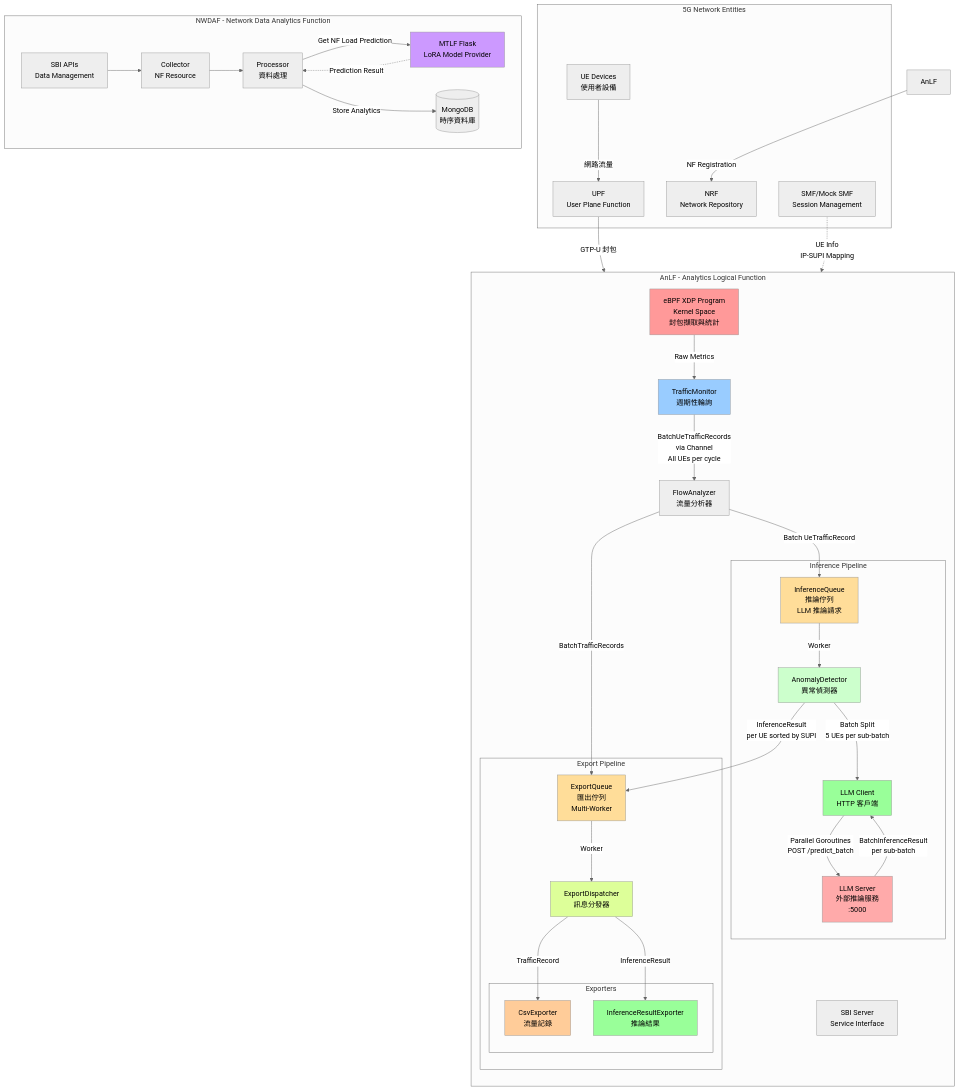
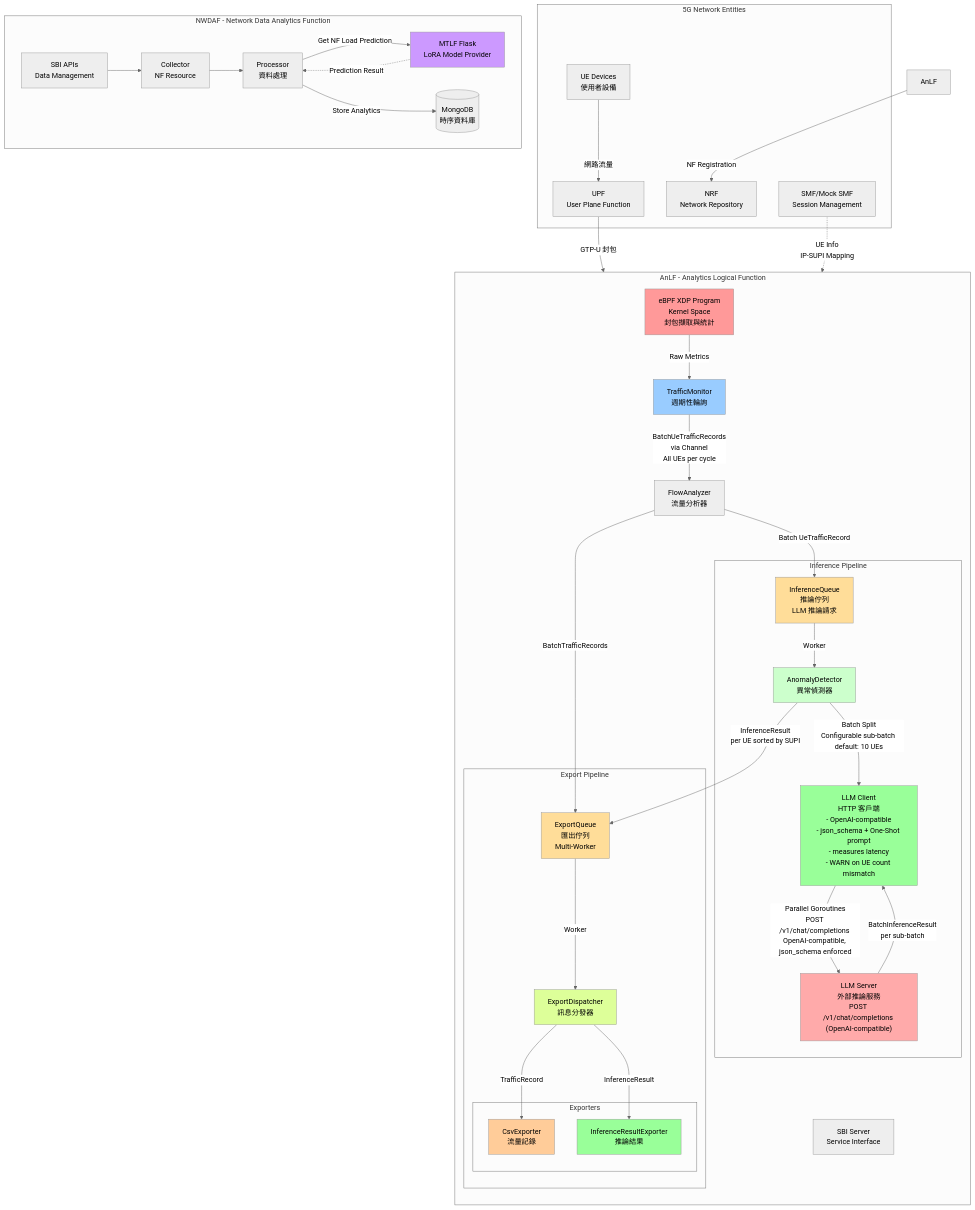
The first of 8 diagrams in docs/architecture.md (ian-cs12-NYCU/AnLF), drawn with Mermaid before and after one commit. The commit also changed other lines of this file and 5 other files, not shown here.

```diff
--- a/docs/architecture.md
+++ b/docs/architecture.md
@@ -21,8 +21,8 @@
         subgraph "Inference Pipeline"
             InfQueue[InferenceQueue<br/>推論佇列<br/>LLM 推論請求]
             Detector[AnomalyDetector<br/>異常偵測器]
-            LLMClient[LLM Client<br/>HTTP 客戶端]
-            LLMServer["LLM Server<br/>外部推論服務<br/>:5000"]
+            LLMClient[LLM Client<br/>HTTP 客戶端<br/>- OpenAI-compatible<br/>- json_schema + One-Shot prompt<br/>- measures latency<br/>- WARN on UE count mismatch]
+            LLMServer["LLM Server<br/>外部推論服務<br/>POST /v1/chat/completions (OpenAI-compatible)"]
         end
         
         subgraph "Export Pipeline"
@@ -57,8 +57,8 @@
     Analyzer -->|Batch UeTrafficRecord| InfQueue
     
     InfQueue -->|Worker| Detector
-    Detector -->|Batch Split<br/>5 UEs per sub-batch| LLMClient
-    LLMClient -->|Parallel Goroutines<br/>POST /predict_batch| LLMServer
+    Detector -->|Batch Split<br/>Configurable sub-batch default: 10 UEs| LLMClient
+    LLMClient -->|Parallel Goroutines<br/>POST /v1/chat/completions OpenAI-compatible, json_schema enforced| LLMServer
     LLMServer -->|BatchInferenceResult<br/>per sub-batch| LLMClient
     Detector -->|InferenceResult<br/>per UE sorted by SUPI| ExpQueue
     
```
